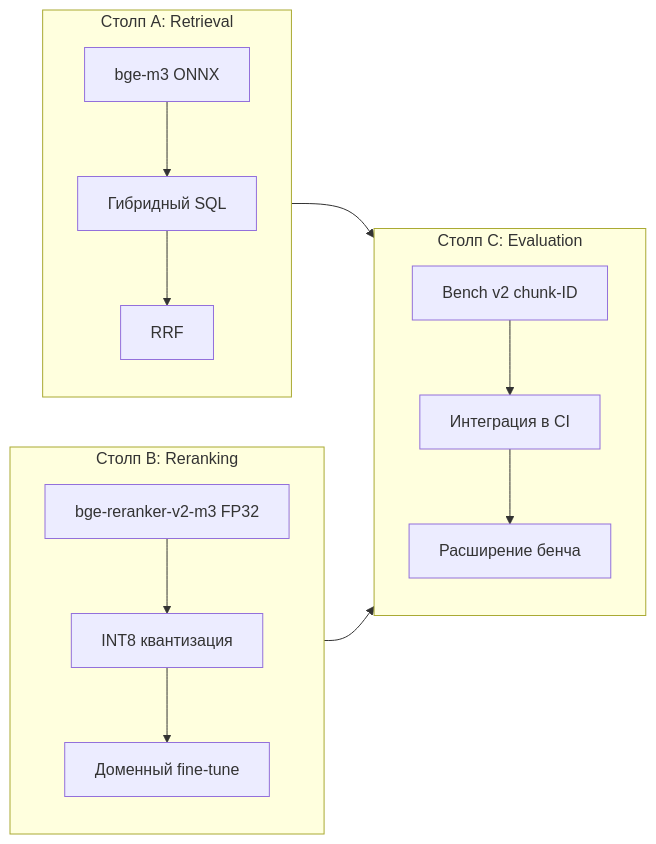
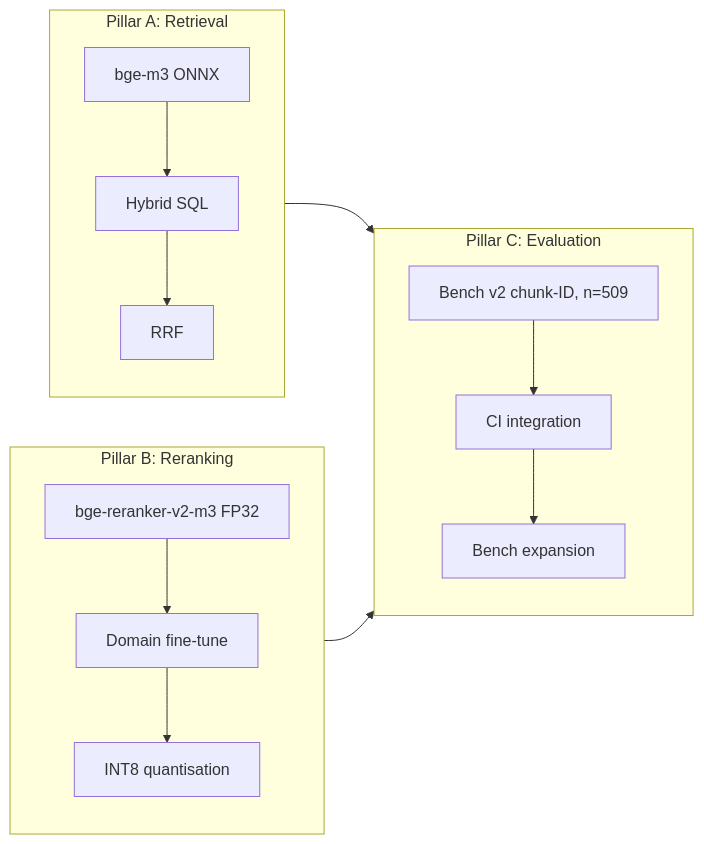
The diagram in docs/ru/training-rag.md (ioplane/nutanix-mcp), drawn with Mermaid before and after one commit. The commit also changed other lines of this file and 3 other files, not shown here.

````diff
--- a/docs/ru/training-rag.md
+++ b/docs/ru/training-rag.md
@@ -10,17 +9,17 @@
 ```mermaid
 flowchart LR
-  subgraph A[Столп A: Retrieval]
+  subgraph A[Pillar A: Retrieval]
     direction TB
-    aE[bge-m3 ONNX] --> aS[Гибридный SQL] --> aR[RRF]
+    aE[bge-m3 ONNX] --> aS[Hybrid SQL] --> aR[RRF]
   end
-  subgraph B[Столп B: Reranking]
+  subgraph B[Pillar B: Reranking]
     direction TB
-    bV2[bge-reranker-v2-m3 FP32] --> bI8[INT8 квантизация] --> bFT[Доменный fine-tune]
+    bV2[bge-reranker-v2-m3 FP32] --> bFT[Domain fine-tune] --> bI8[INT8 quantisation]
   end
-  subgraph C[Столп C: Evaluation]
+  subgraph C[Pillar C: Evaluation]
     direction TB
-    cBench[Bench v2 chunk-ID] --> cCI[Интеграция в CI] --> cExp[Расширение бенча]
+    cBench[Bench v2 chunk-ID, n=509] --> cCI[CI integration] --> cExp[Bench expansion]
   end
   A --> C
   B --> C
 ```
````
